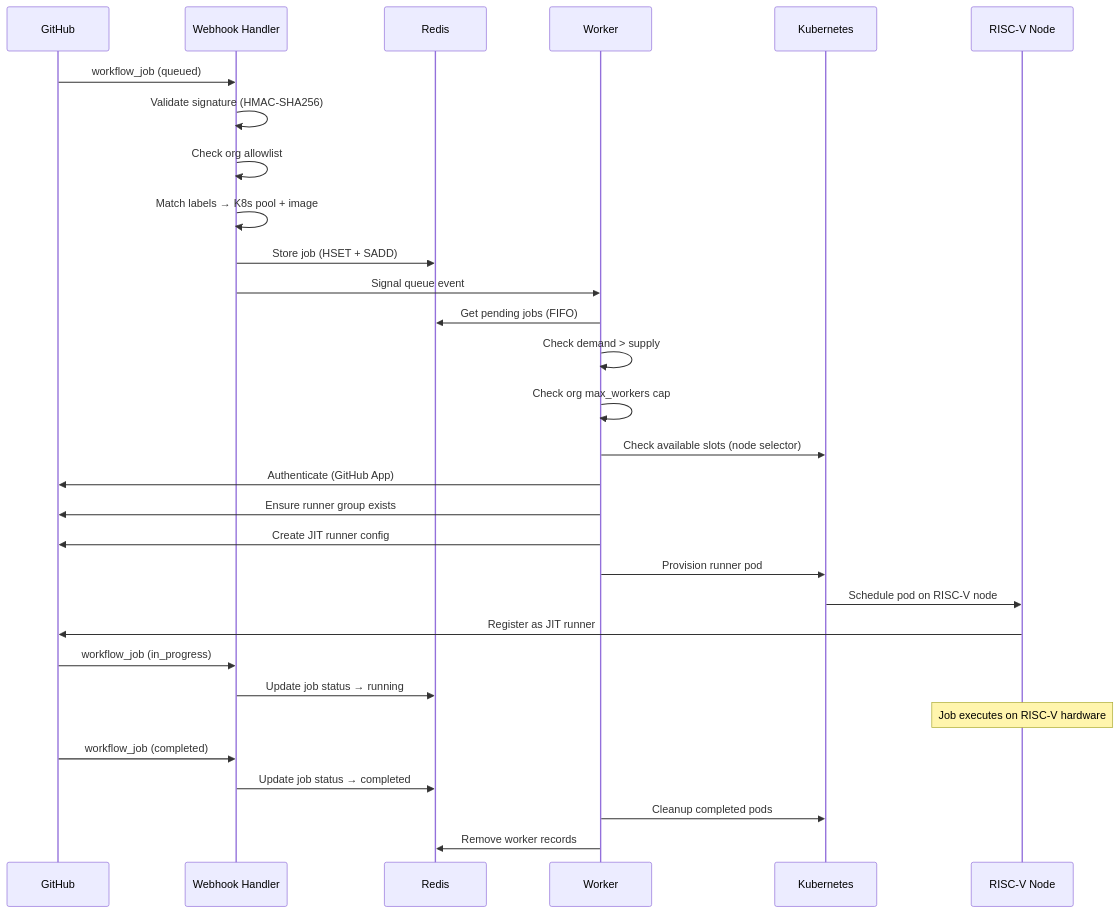
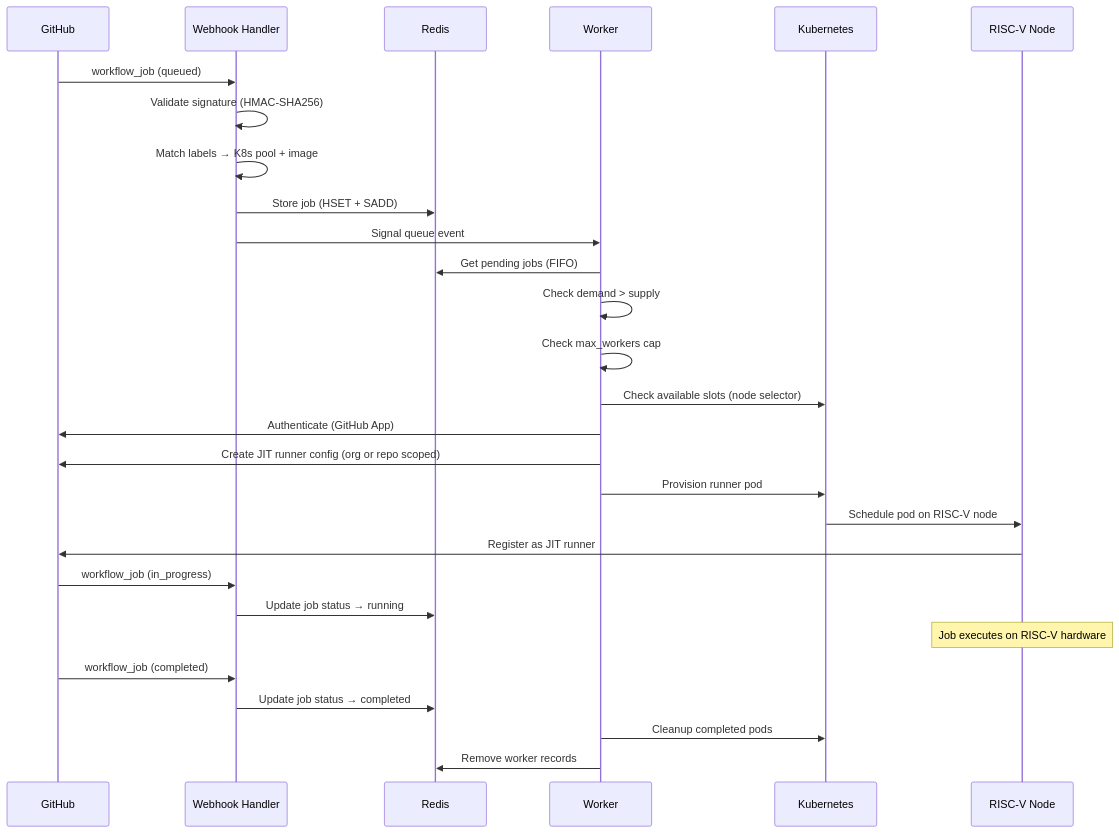
Before and after one commit to riseproject-dev/riscv-runner: the diagram in docs/architecture/index.md, drawn with Mermaid. The commit also changed other lines of this file and 6 other files, not shown here.

````diff
--- a/docs/architecture/index.md
+++ b/docs/architecture/index.md
@@ -22,38 +22,36 @@
 ```mermaid
 sequenceDiagram
     participant GH as GitHub
     participant H as Webhook Handler
     participant R as Redis
     participant W as Worker
     participant K as Kubernetes
     participant N as RISC-V Node
 
     GH->>H: workflow_job (queued)
     H->>H: Validate signature (HMAC-SHA256)
-    H->>H: Check org allowlist
     H->>H: Match labels → K8s pool + image
     H->>R: Store job (HSET + SADD)
     H->>W: Signal queue event
 
     W->>R: Get pending jobs (FIFO)
     W->>W: Check demand > supply
-    W->>W: Check org max_workers cap
+    W->>W: Check max_workers cap
     W->>K: Check available slots (node selector)
     W->>GH: Authenticate (GitHub App)
-    W->>GH: Ensure runner group exists
-    W->>GH: Create JIT runner config
+    W->>GH: Create JIT runner config (org or repo scoped)
     W->>K: Provision runner pod
     K->>N: Schedule pod on RISC-V node
     N->>GH: Register as JIT runner
 
     GH->>H: workflow_job (in_progress)
     H->>R: Update job status → running
 
     Note over N: Job executes on RISC-V hardware
 
     GH->>H: workflow_job (completed)
     H->>R: Update job status → completed
 
     W->>K: Cleanup completed pods
     W->>R: Remove worker records
 ```
````
